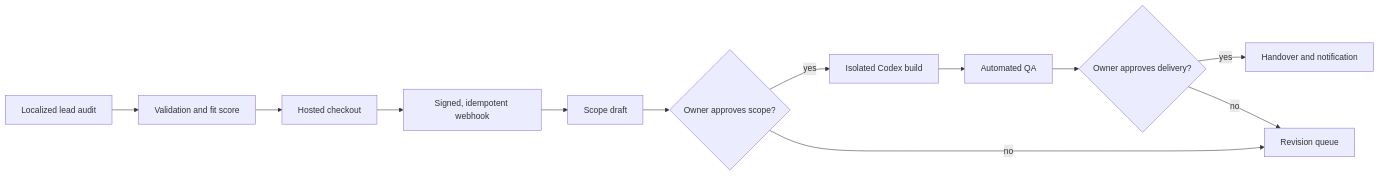
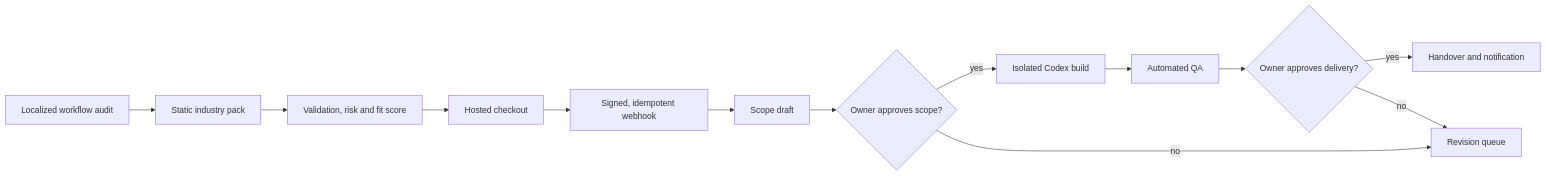
One commit to mars-tw/morning-operator changed the diagram in README.md. Above: the diagram before and after it, drawn with Mermaid. The commit also changed other lines of this file and 37 other files, not shown here.

````diff
--- a/README.md
+++ b/README.md
@@ -58,14 +62,15 @@
 ```mermaid
 flowchart LR
-    Visitor["Localized lead audit"] --> Score["Validation and fit score"]
+    Visitor["Localized workflow audit"] --> Pack["Static industry pack"]
+    Pack --> Score["Validation, risk and fit score"]
     Score --> Checkout["Hosted checkout"]
     Checkout --> Verify["Signed, idempotent webhook"]
     Verify --> Scope["Scope draft"]
     Scope --> Approval1{"Owner approves scope?"}
     Approval1 -->|"yes"| Build["Isolated Codex build"]
     Build --> QA["Automated QA"]
     QA --> Approval2{"Owner approves delivery?"}
     Approval2 -->|"yes"| Deliver["Handover and notification"]
     Approval1 -->|"no"| Revise["Revision queue"]
     Approval2 -->|"no"| Revise
 ```
````
